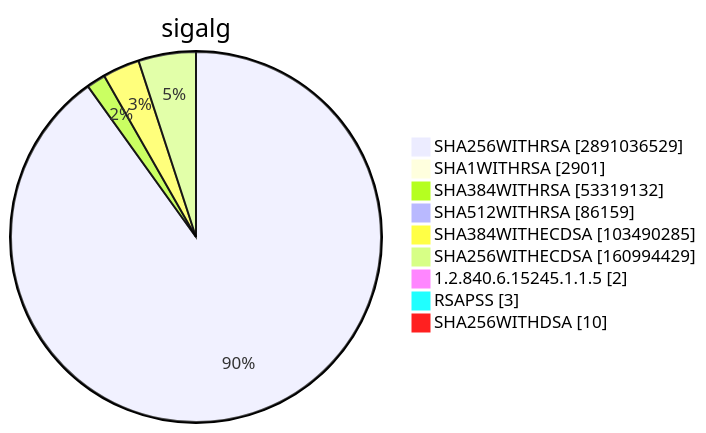
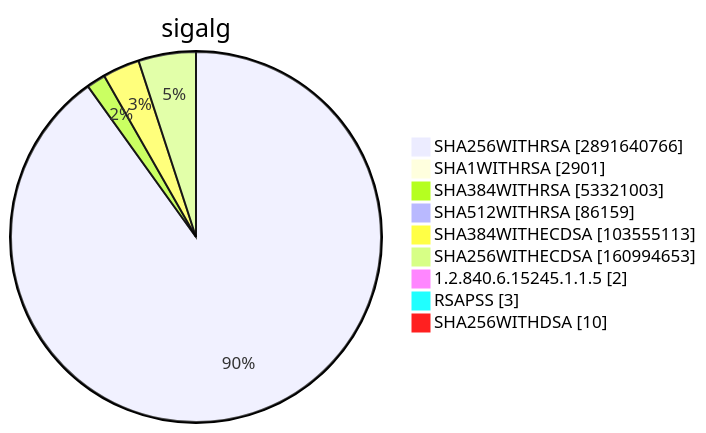
Diagram 15 of 15 in TOTAL/README.md (christiankrug/ctmonitor_visualization), drawn with Mermaid before and after one commit. The commit also changed other lines of this file, not shown here.

````diff
--- a/TOTAL/README.md
+++ b/TOTAL/README.md
@@ -6207,13 +6207,13 @@
 ```mermaid
 pie showData
 title sigalg
-"SHA256WITHRSA" :2891036529
+"SHA256WITHRSA" :2891640766
 "SHA1WITHRSA" :2901
-"SHA384WITHRSA" :53319132
+"SHA384WITHRSA" :53321003
 "SHA512WITHRSA" :86159
-"SHA384WITHECDSA" :103490285
-"SHA256WITHECDSA" :160994429
+"SHA384WITHECDSA" :103555113
+"SHA256WITHECDSA" :160994653
 "1.2.840.6.15245.1.1.5" :2
 "RSAPSS" :3
 "SHA256WITHDSA" :10
 ```
````
